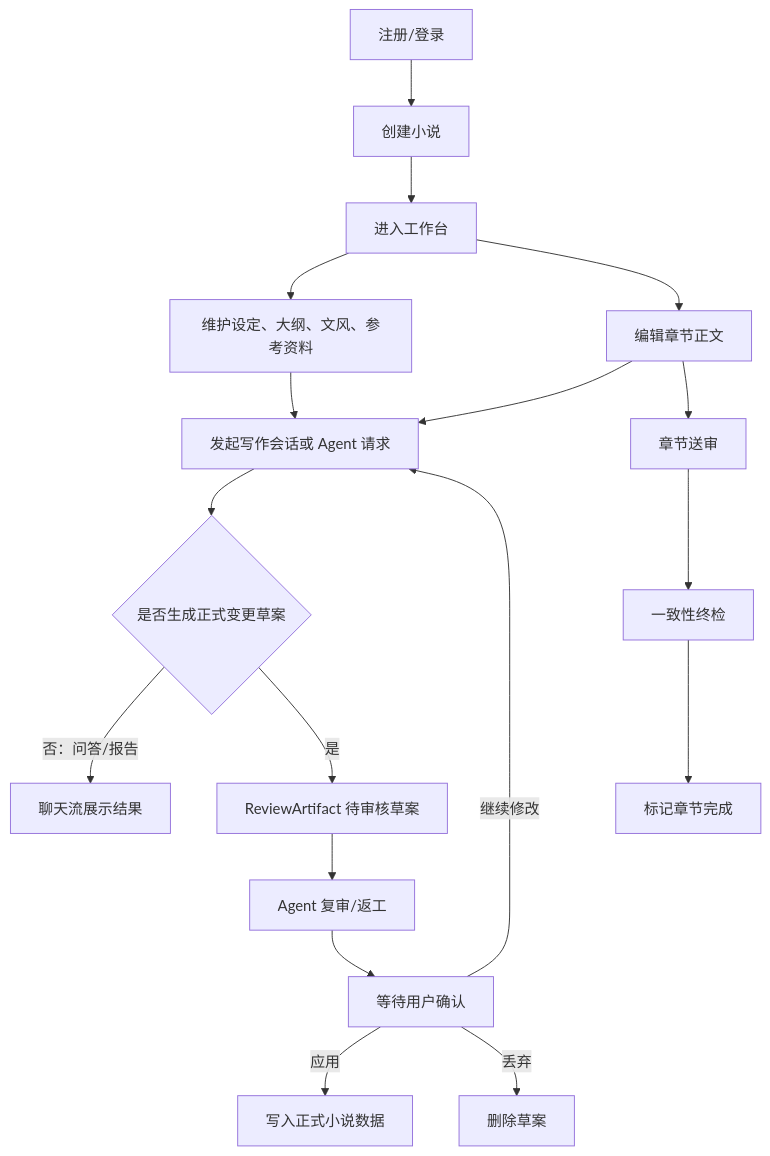
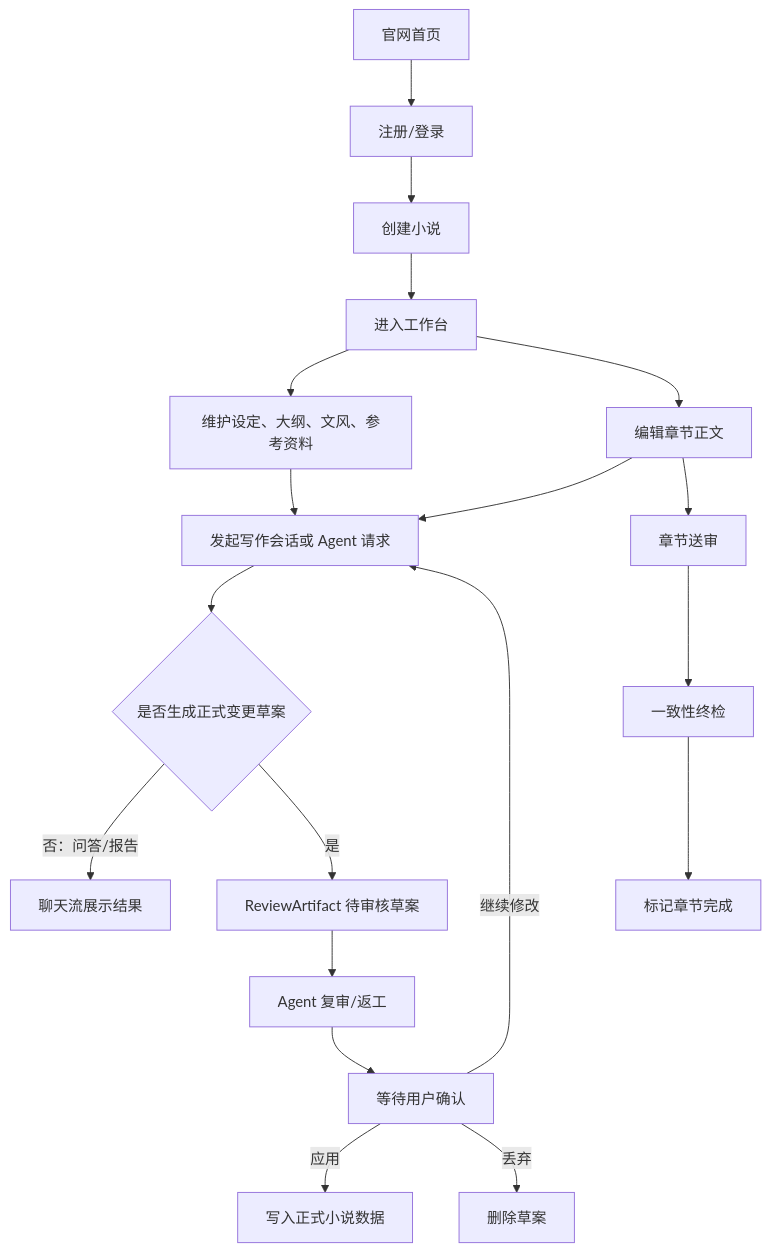
The first of 2 diagrams in docs/requirements/00-overview.md (chimeiwang/Smart-Novel-Gen-nie), drawn with Mermaid before and after one commit. The commit also changed other lines of this file and 11 other files, not shown here.

```diff
--- a/docs/requirements/00-overview.md
+++ b/docs/requirements/00-overview.md
@@ -57,20 +58,21 @@
 ~~~mermaid
 flowchart TD
-    A["注册/登录"] --> B["创建小说"]
-    B --> C["进入工作台"]
-    C --> D["维护设定、大纲、文风、参考资料"]
-    C --> E["编辑章节正文"]
-    D --> F["发起写作会话或 Agent 请求"]
-    E --> F
-    F --> G{"是否生成正式变更草案"}
-    G -->|"否：问答/报告"| H["聊天流展示结果"]
-    G -->|"是"| I["ReviewArtifact 待审核草案"]
-    I --> J["Agent 复审/返工"]
-    J --> K["等待用户确认"]
-    K -->|"应用"| L["写入正式小说数据"]
-    K -->|"继续修改"| F
-    K -->|"丢弃"| M["删除草案"]
-    E --> N["章节送审"]
-    N --> O["一致性终检"]
-    O --> P["标记章节完成"]
+    A["官网首页"] --> B["注册/登录"]
+    B --> C["创建小说"]
+    C --> D["进入工作台"]
+    D --> E["维护设定、大纲、文风、参考资料"]
+    D --> F["编辑章节正文"]
+    E --> G["发起写作会话或 Agent 请求"]
+    F --> G
+    G --> H{"是否生成正式变更草案"}
+    H -->|"否：问答/报告"| I["聊天流展示结果"]
+    H -->|"是"| J["ReviewArtifact 待审核草案"]
+    J --> K["Agent 复审/返工"]
+    K --> L["等待用户确认"]
+    L -->|"应用"| M["写入正式小说数据"]
+    L -->|"继续修改"| G
+    L -->|"丢弃"| N["删除草案"]
+    F --> O["章节送审"]
+    O --> P["一致性终检"]
+    P --> Q["标记章节完成"]
 ~~~
```
